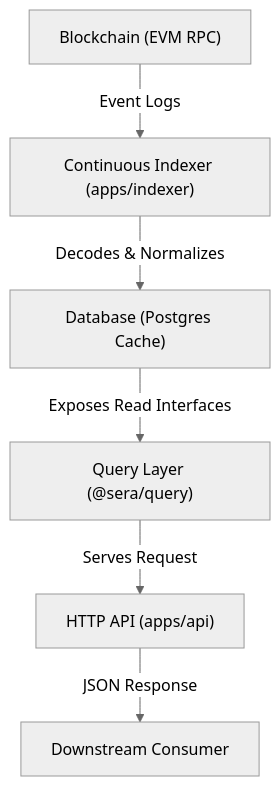
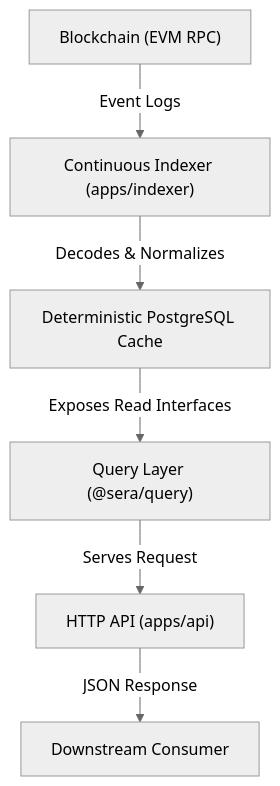
The diagram in docs/architecture.md (pulkit136/sera-analytics), drawn with Mermaid (neutral theme) before and after one commit. The commit also changed other lines of this file and 17 other files, not shown here.

````diff
--- a/docs/architecture.md
+++ b/docs/architecture.md
@@ -9,8 +9,8 @@
 ```mermaid
 flowchart TD
     BC["Blockchain (EVM RPC)"] -->|Event Logs| Indexer["Continuous Indexer (apps/indexer)"]
-    Indexer -->|Decodes & Normalizes| Database["Database (Postgres Cache)"]
+    Indexer -->|Decodes & Normalizes| Database["Deterministic PostgreSQL Cache"]
     Database -->|Exposes Read Interfaces| Query["Query Layer (@sera/query)"]
     Query -->|Serves Request| API["HTTP API (apps/api)"]
     API -->|JSON Response| Client["Downstream Consumer"]
 ```
````
